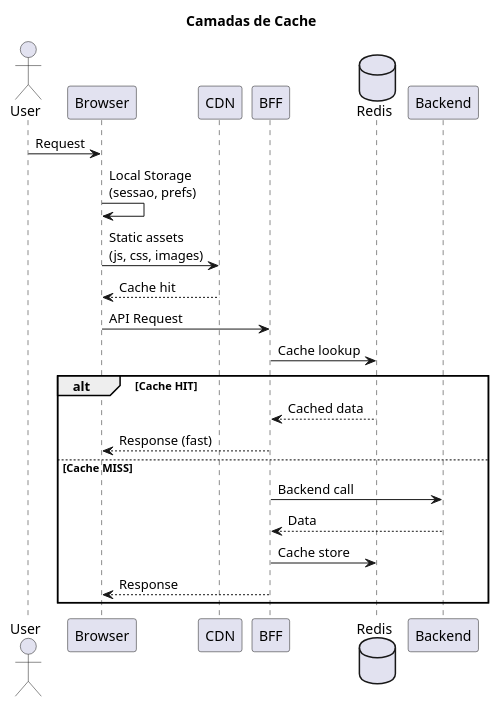
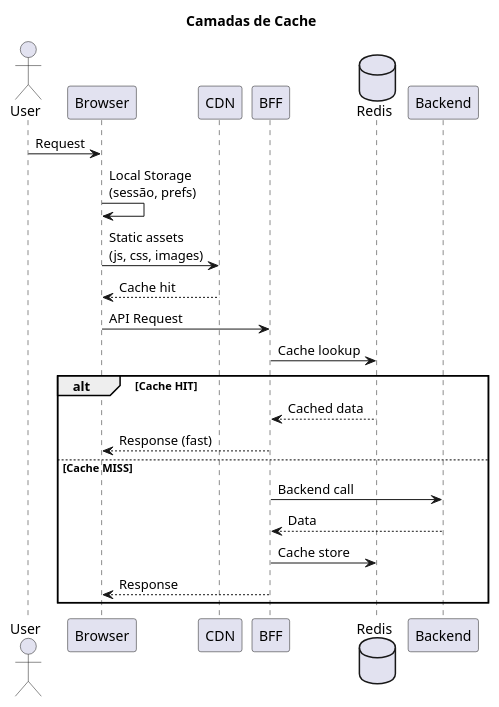
One commit to beduardo/novobanco_website_doc changed the second of 3 diagrams in current/sections/SEC-12-desempenho-fiabilidade.md. Above: the diagram before and after it, drawn with PlantUML. The commit also changed other lines of this file and 182 other files, not shown here.

````diff
--- a/current/sections/SEC-12-desempenho-fiabilidade.md
+++ b/current/sections/SEC-12-desempenho-fiabilidade.md
@@ -91,32 +91,32 @@
 ```plantuml
 @startuml
 skinparam backgroundColor white
 
 title Camadas de Cache
 
 actor User
 participant "Browser" as browser
 participant "CDN" as cdn
 participant "BFF" as bff
 database "Redis" as redis
 participant "Backend" as api
 
 User -> browser : Request
-browser -> browser : Local Storage\n(sessao, prefs)
+browser -> browser : Local Storage\n(sessão, prefs)
 browser -> cdn : Static assets\n(js, css, images)
 cdn --> browser : Cache hit
 
 browser -> bff : API Request
 bff -> redis : Cache lookup
 alt Cache HIT
     redis --> bff : Cached data
     bff --> browser : Response (fast)
 else Cache MISS
     bff -> api : Backend call
     api --> bff : Data
     bff -> redis : Cache store
     bff --> browser : Response
 end
 
 @enduml
 ```
````
